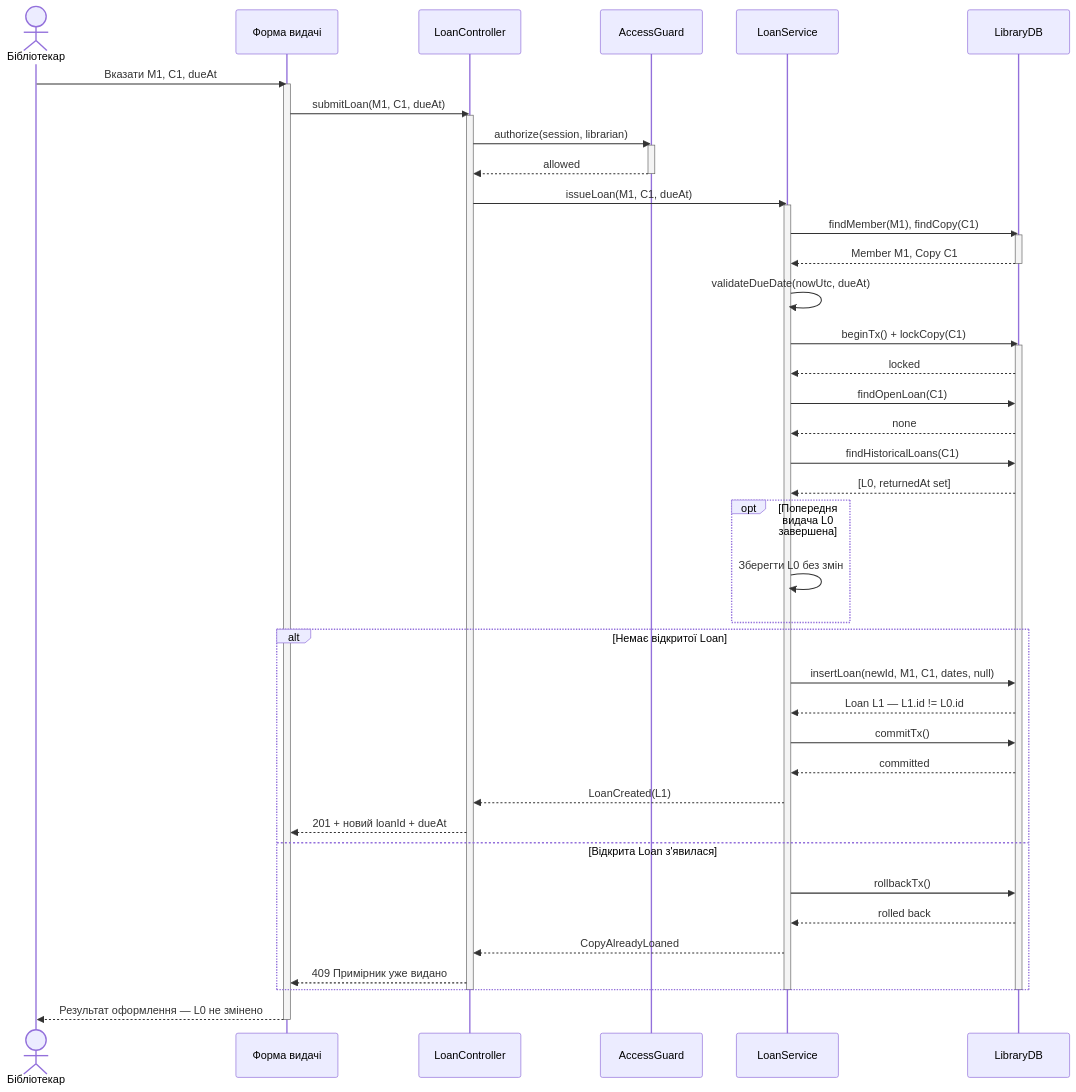
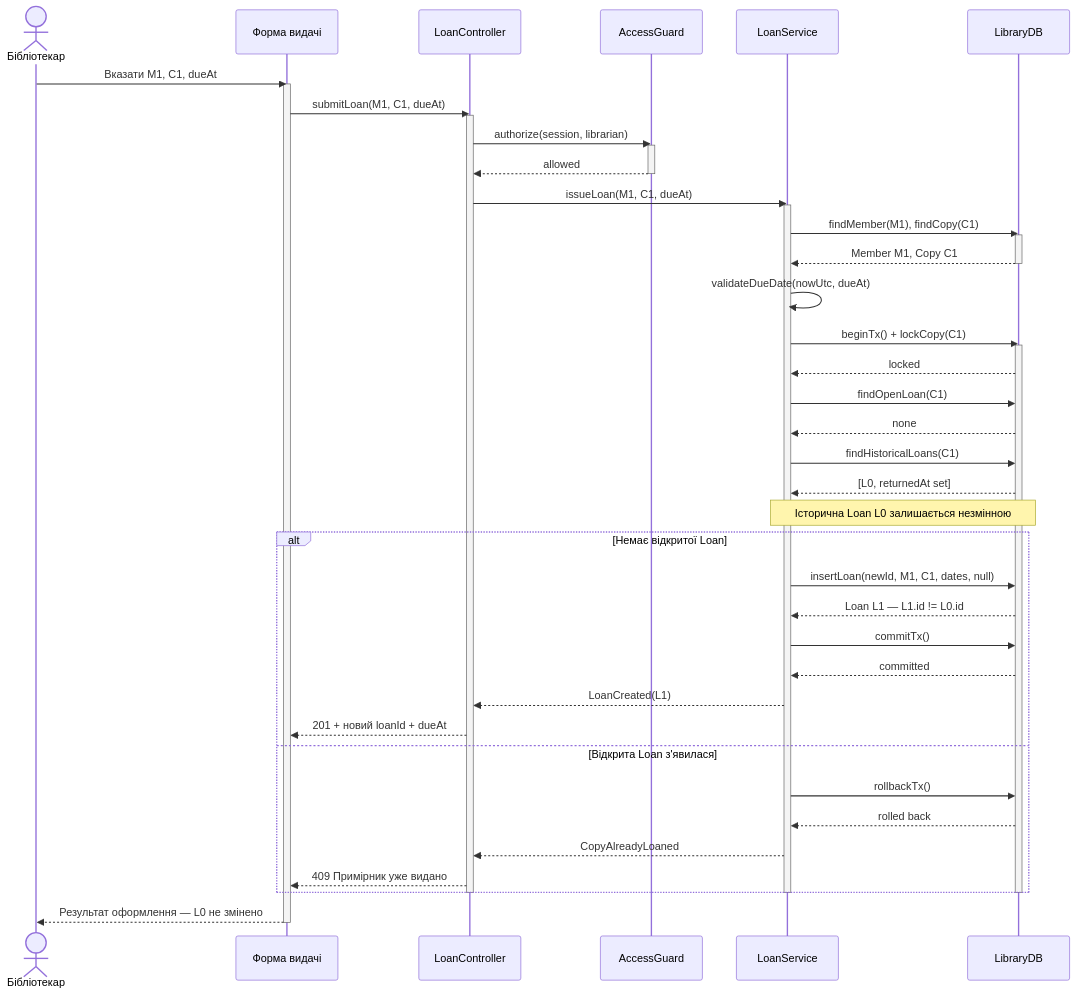
Before and after one commit to Alex9011/KPI2-Lab3: the diagram in sequence/S-02-repeat-loan.mmd, drawn with Mermaid. The commit also changed 11 other files, not shown here.

Commit message:
Align loan sequences with scenario outcomes

```diff
--- a/sequence/S-02-repeat-loan.mmd
+++ b/sequence/S-02-repeat-loan.mmd
@@ -1,51 +1,49 @@
 sequenceDiagram
     %% title: S-02 — Повторна видача після повернення
     actor B as Бібліотекар
     participant UI as Форма видачі
     participant C as LoanController
     participant A as AccessGuard
     participant S as LoanService
     participant D as LibraryDB
     B->>UI: Вказати M1, C1, dueAt
     activate UI
     UI->>C: submitLoan(M1, C1, dueAt)
     activate C
     C->>A: authorize(session, librarian)
     activate A
     A-->>C: allowed
     deactivate A
     C->>S: issueLoan(M1, C1, dueAt)
     activate S
     S->>D: findMember(M1), findCopy(C1)
     activate D
     D-->>S: Member M1, Copy C1
     deactivate D
     S->>S: validateDueDate(nowUtc, dueAt)
     S->>D: beginTx() + lockCopy(C1)
     activate D
     D-->>S: locked
     S->>D: findOpenLoan(C1)
     D-->>S: none
     S->>D: findHistoricalLoans(C1)
     D-->>S: [L0, returnedAt set]
-    opt Попередня видача L0 завершена
-        S->>S: Зберегти L0 без змін
-    end
+    Note over S,D: Історична Loan L0 залишається незмінною
     alt Немає відкритої Loan
         S->>D: insertLoan(newId, M1, C1, dates, null)
         D-->>S: Loan L1 — L1.id != L0.id
         S->>D: commitTx()
         D-->>S: committed
         S-->>C: LoanCreated(L1)
         C-->>UI: 201 + новий loanId + dueAt
     else Відкрита Loan з'явилася
         S->>D: rollbackTx()
         D-->>S: rolled back
         S-->>C: CopyAlreadyLoaned
         C-->>UI: 409 Примірник уже видано
     end
     deactivate D
     deactivate S
     deactivate C
     UI-->>B: Результат оформлення — L0 не змінено
     deactivate UI
```
